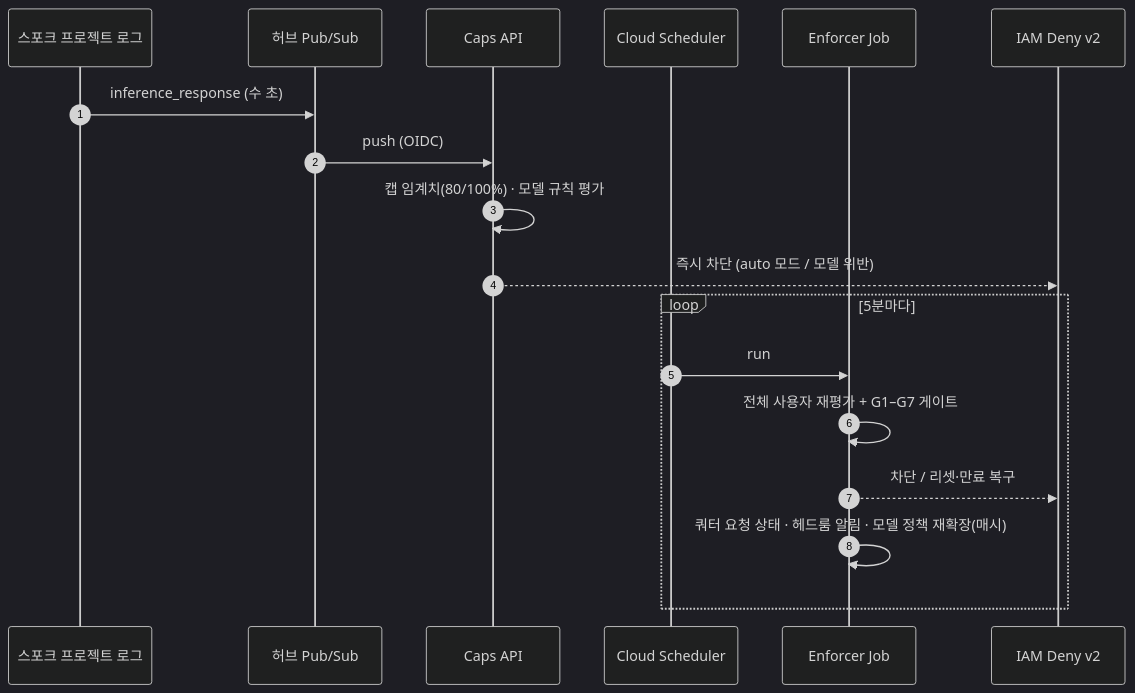
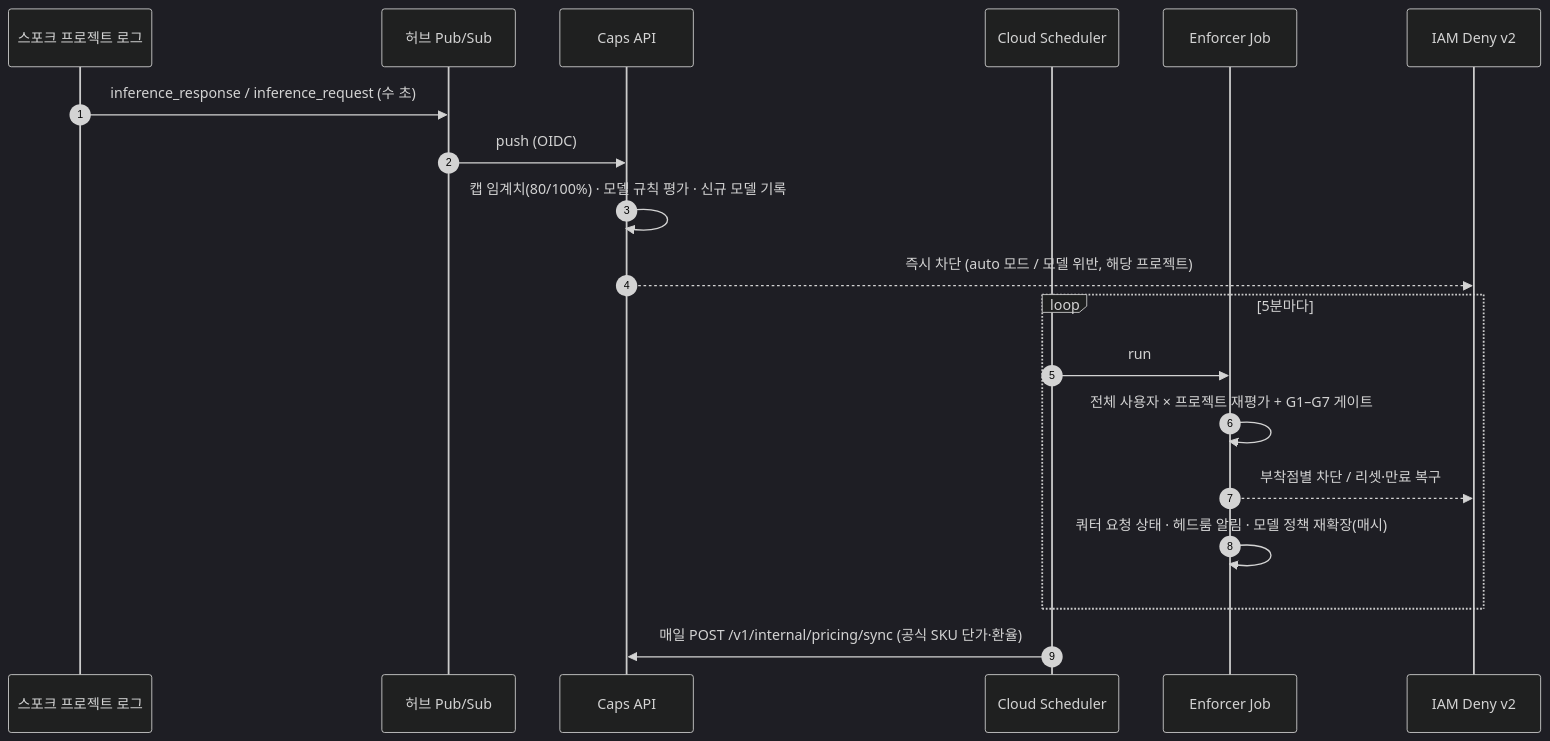
One commit to ldu1225/gcp-ai-usage-caps-api changed the third of 4 diagrams in docs/architecture.md. Above: the diagram before and after it, drawn with Mermaid (dark theme). The commit also changed other lines of this file and 54 other files, not shown here.

````diff
--- a/docs/architecture.md
+++ b/docs/architecture.md
@@ -63,20 +96,21 @@
 ```mermaid
 sequenceDiagram
     autonumber
     participant SP as 스포크 프로젝트 로그
     participant PS as 허브 Pub/Sub
     participant API as Caps API
     participant SCH as Cloud Scheduler
     participant JOB as Enforcer Job
     participant IAM as IAM Deny v2
-    SP->>PS: inference_response (수 초)
+    SP->>PS: inference_response / inference_request (수 초)
     PS->>API: push (OIDC)
-    API->>API: 캡 임계치(80/100%) · 모델 규칙 평가
-    API-->>IAM: 즉시 차단 (auto 모드 / 모델 위반)
+    API->>API: 캡 임계치(80/100%) · 모델 규칙 평가 · 신규 모델 기록
+    API-->>IAM: 즉시 차단 (auto 모드 / 모델 위반, 해당 프로젝트)
     loop 5분마다
         SCH->>JOB: run
-        JOB->>JOB: 전체 사용자 재평가 + G1–G7 게이트
-        JOB-->>IAM: 차단 / 리셋·만료 복구
+        JOB->>JOB: 전체 사용자 × 프로젝트 재평가 + G1–G7 게이트
+        JOB-->>IAM: 부착점별 차단 / 리셋·만료 복구
         JOB->>JOB: 쿼터 요청 상태 · 헤드룸 알림 · 모델 정책 재확장(매시)
     end
+    SCH->>API: 매일 POST /v1/internal/pricing/sync (공식 SKU 단가·환율)
 ```
````
